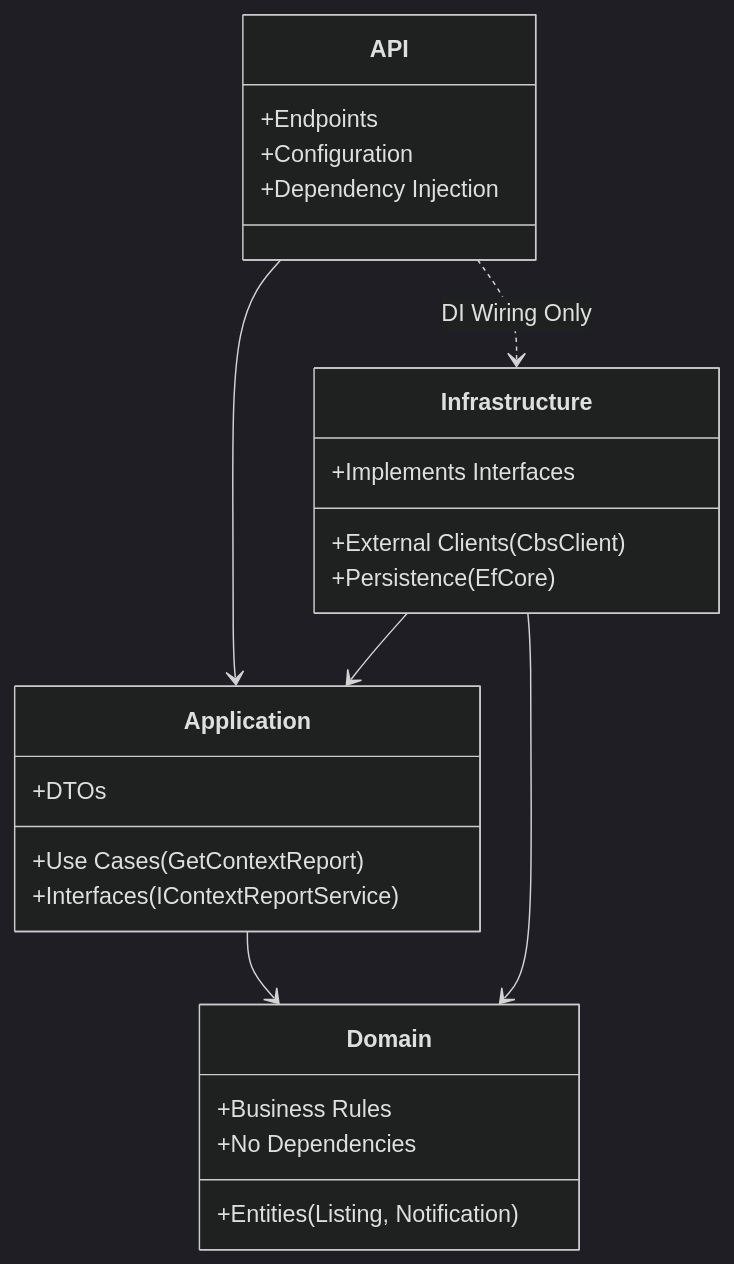
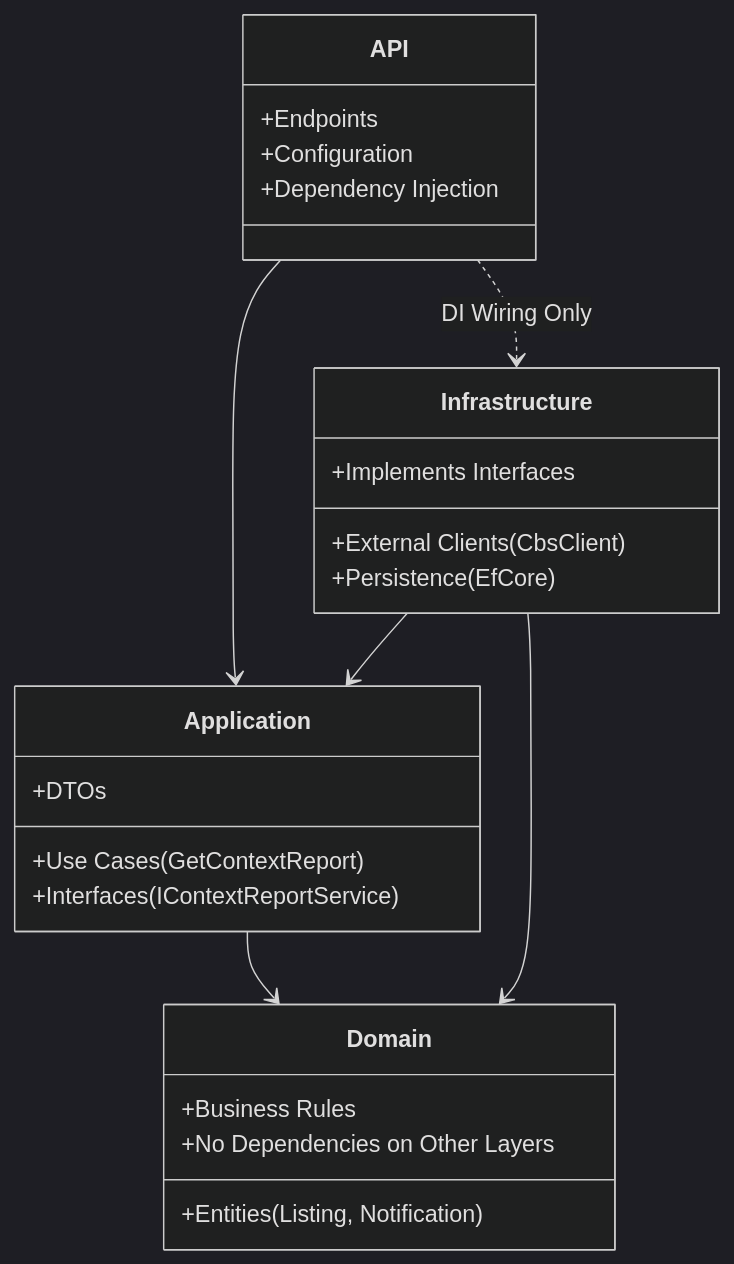
Before and after one commit to YKDBontekoe/valora: the second of 2 diagrams in README.md, drawn with Mermaid (dark theme). The commit also changed other lines of this file and 6 other files, not shown here.

First line of the commit message:
docs: fix inaccuracies in architecture and endpoint documentation

````diff
--- a/README.md
+++ b/README.md
@@ -48,29 +44,29 @@
 ```mermaid
 classDiagram
     class Domain {
         +Entities (Listing, Notification)
         +Business Rules
-        +No Dependencies
+        +No Dependencies on Other Layers
     }
     class Application {
         +Use Cases (GetContextReport)
         +Interfaces (IContextReportService)
         +DTOs
     }
     class Infrastructure {
         +External Clients (CbsClient)
         +Persistence (EfCore)
         +Implements Interfaces
     }
     class API {
         +Endpoints
         +Configuration
         +Dependency Injection
     }
 
     API --> Application
     Infrastructure --> Application
     Application --> Domain
     Infrastructure --> Domain
     API ..> Infrastructure : DI Wiring Only
 ```
````
